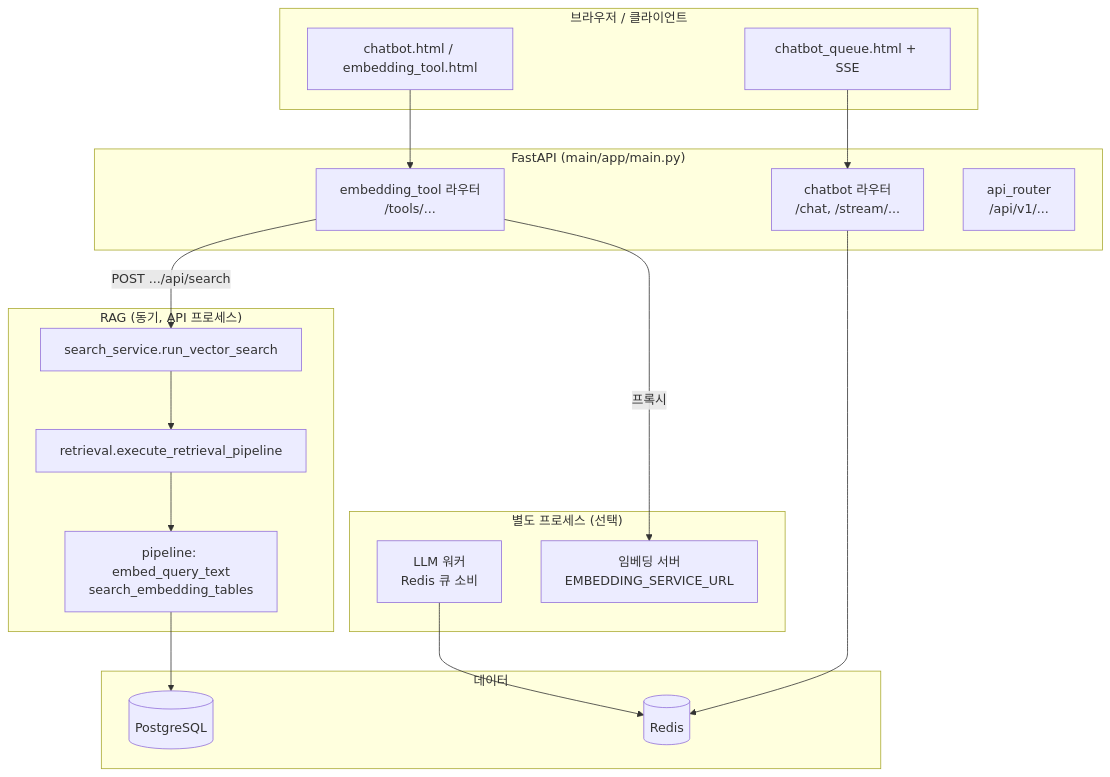
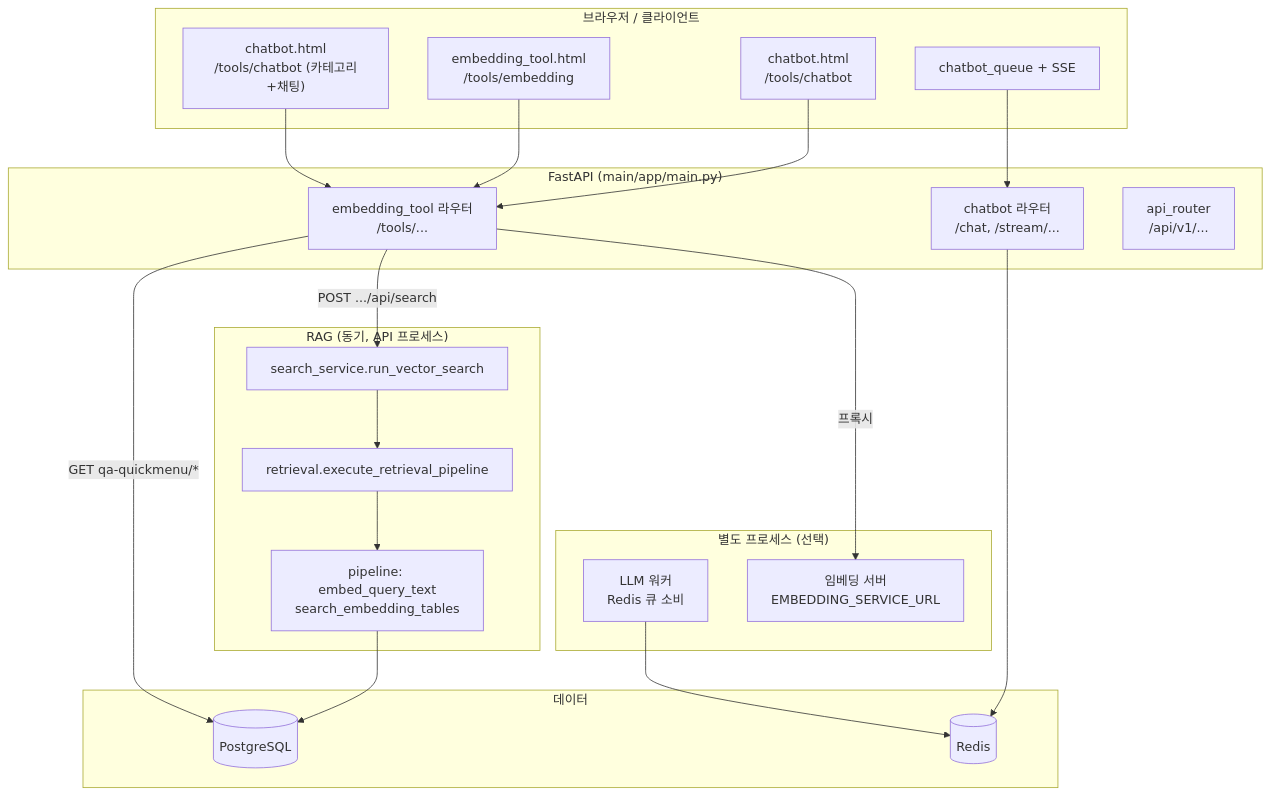
One commit to jun950829/rag-ai-chatbot-example changed the diagram in docs/CHATBOT_ARCHITECTURE.md. Above: the diagram before and after it, drawn with Mermaid. The commit also changed other lines of this file and 9 other files, not shown here.

````diff
--- a/docs/CHATBOT_ARCHITECTURE.md
+++ b/docs/CHATBOT_ARCHITECTURE.md
@@ -10,40 +10,45 @@
 ```mermaid
 flowchart TB
   subgraph ui["브라우저 / 클라이언트"]
-    T1["chatbot.html / embedding_tool.html"]
-    T2["chatbot_queue.html + SSE"]
+    T0["chatbot.html\n/tools/chatbot (카테고리+채팅)"]
+    T1["embedding_tool.html\n/tools/embedding"]
+    T2["chatbot.html\n/tools/chatbot"]
+    T3["chatbot_queue + SSE"]
   end
 
   subgraph api["FastAPI (main/app/main.py)"]
     E["embedding_tool 라우터\n/tools/..."]
     C["chatbot 라우터\n/chat, /stream/..."]
     R["api_router\n/api/v1/..."]
   end
 
   subgraph rag["RAG (동기, API 프로세스)"]
     SS["search_service.run_vector_search"]
     RP["retrieval.execute_retrieval_pipeline"]
     PL["pipeline: embed_query_text\nsearch_embedding_tables"]
   end
 
   subgraph data["데이터"]
     PG[(PostgreSQL)]
     RD[(Redis)]
   end
 
   subgraph worker["별도 프로세스 (선택)"]
     LLM["LLM 워커\nRedis 큐 소비"]
     EMB["임베딩 서버\nEMBEDDING_SERVICE_URL"]
   end
 
+  T0 --> E
   T1 --> E
+  E -->|GET qa-quickmenu/*| PG
   E -->|POST .../api/search| SS
   SS --> RP
   RP --> PL
   PL --> PG
   E -->|프록시| EMB
 
-  T2 --> C
+  T2 --> E
+  T3 --> C
   C --> RD
   LLM --> RD
 ```
````
